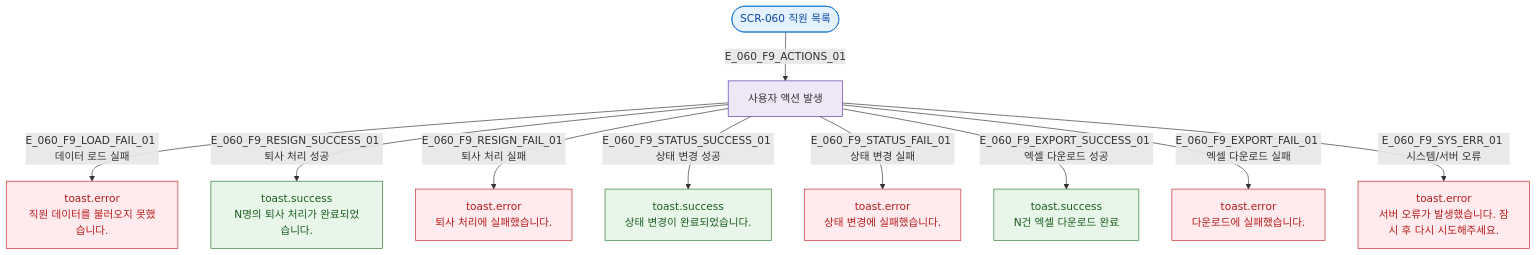
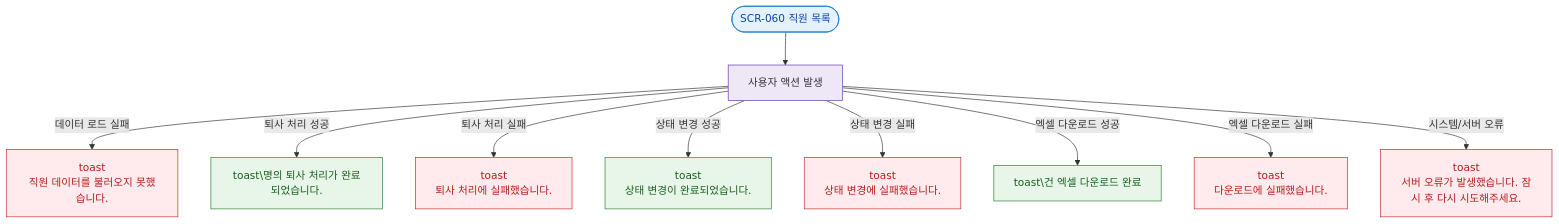
Before and after one commit to dev-spogym/admin-pando: the diagram in docs/다이어그램/D07_직원관리/SCR-060_직원목록/F9_토스트피드백.md, drawn with Mermaid. The commit also changed other lines of this file and 1660 other files, not shown here.

First line of the commit message:
다이어그램: 기획자/클라이언트 납품본으로 정리

````diff
--- a/docs/다이어그램/D07_직원관리/SCR-060_직원목록/F9_토스트피드백.md
+++ b/docs/다이어그램/D07_직원관리/SCR-060_직원목록/F9_토스트피드백.md
@@ -22,29 +20,29 @@
 ```mermaid
 flowchart TD
   SCR_060([SCR-060 직원 목록])
 
-  SCR_060 -->|E_060_F9_ACTIONS_01| ACTIONS[사용자 액션 발생]
+  SCR_060 --> ACTIONS[사용자 액션 발생]
 
-  ACTIONS -->|E_060_F9_LOAD_FAIL_01 데이터 로드 실패| TOAST_LOAD_ERR[toast.error\n직원 데이터를 불러오지 못했습니다.]
+  ACTIONS -->|데이터 로드 실패|TOAST_LOAD_ERR[toast\n직원 데이터를 불러오지 못했습니다.]
 
-  ACTIONS -->|E_060_F9_RESIGN_SUCCESS_01 퇴사 처리 성공| TOAST_RESIGN_OK[toast.success\nN명의 퇴사 처리가 완료되었습니다.]
-  ACTIONS -->|E_060_F9_RESIGN_FAIL_01 퇴사 처리 실패| TOAST_RESIGN_ERR[toast.error\n퇴사 처리에 실패했습니다.]
+  ACTIONS -->|퇴사 처리 성공|TOAST_RESIGN_OK[toast\명의 퇴사 처리가 완료되었습니다.]
+  ACTIONS -->|퇴사 처리 실패|TOAST_RESIGN_ERR[toast\n퇴사 처리에 실패했습니다.]
 
-  ACTIONS -->|E_060_F9_STATUS_SUCCESS_01 상태 변경 성공| TOAST_STATUS_OK[toast.success\n상태 변경이 완료되었습니다.]
-  ACTIONS -->|E_060_F9_STATUS_FAIL_01 상태 변경 실패| TOAST_STATUS_ERR[toast.error\n상태 변경에 실패했습니다.]
+  ACTIONS -->|상태 변경 성공|TOAST_STATUS_OK[toast\n상태 변경이 완료되었습니다.]
+  ACTIONS -->|상태 변경 실패|TOAST_STATUS_ERR[toast\n상태 변경에 실패했습니다.]
 
-  ACTIONS -->|E_060_F9_EXPORT_SUCCESS_01 엑셀 다운로드 성공| TOAST_EXPORT_OK[toast.success\nN건 엑셀 다운로드 완료]
-  ACTIONS -->|E_060_F9_EXPORT_FAIL_01 엑셀 다운로드 실패| TOAST_EXPORT_ERR[toast.error\n다운로드에 실패했습니다.]
+  ACTIONS -->|엑셀 다운로드 성공|TOAST_EXPORT_OK[toast\건 엑셀 다운로드 완료]
+  ACTIONS -->|엑셀 다운로드 실패|TOAST_EXPORT_ERR[toast\n다운로드에 실패했습니다.]
 
-  ACTIONS -->|E_060_F9_SYS_ERR_01 시스템/서버 오류| TOAST_SYS[toast.error\n서버 오류가 발생했습니다. 잠시 후 다시 시도해주세요.]
+  ACTIONS -->|시스템/서버 오류|TOAST_SYS[toast\n서버 오류가 발생했습니다. 잠시 후 다시 시도해주세요.]
 
   classDef success fill:#E8F5E9,stroke:#2E7D32,color:#1B5E20
-  classDef error   fill:#FFEBEE,stroke:#C62828,color:#B71C1C
-  classDef screen  fill:#E3F2FD,stroke:#1976D2,color:#0D47A1
-  classDef system  fill:#EDE7F6,stroke:#5E35B2
+  classDef error fill:#FFEBEE,stroke:#C62828,color:#B71C1C
+  classDef screen fill:#E3F2FD,stroke:#1976D2,color:#0D47A1
+  classDef system fill:#EDE7F6,stroke:#5E35B2
 
   class SCR_060 screen
   class ACTIONS system
   class TOAST_RESIGN_OK,TOAST_STATUS_OK,TOAST_EXPORT_OK success
   class TOAST_LOAD_ERR,TOAST_RESIGN_ERR,TOAST_STATUS_ERR,TOAST_EXPORT_ERR,TOAST_SYS error
 ```
````
